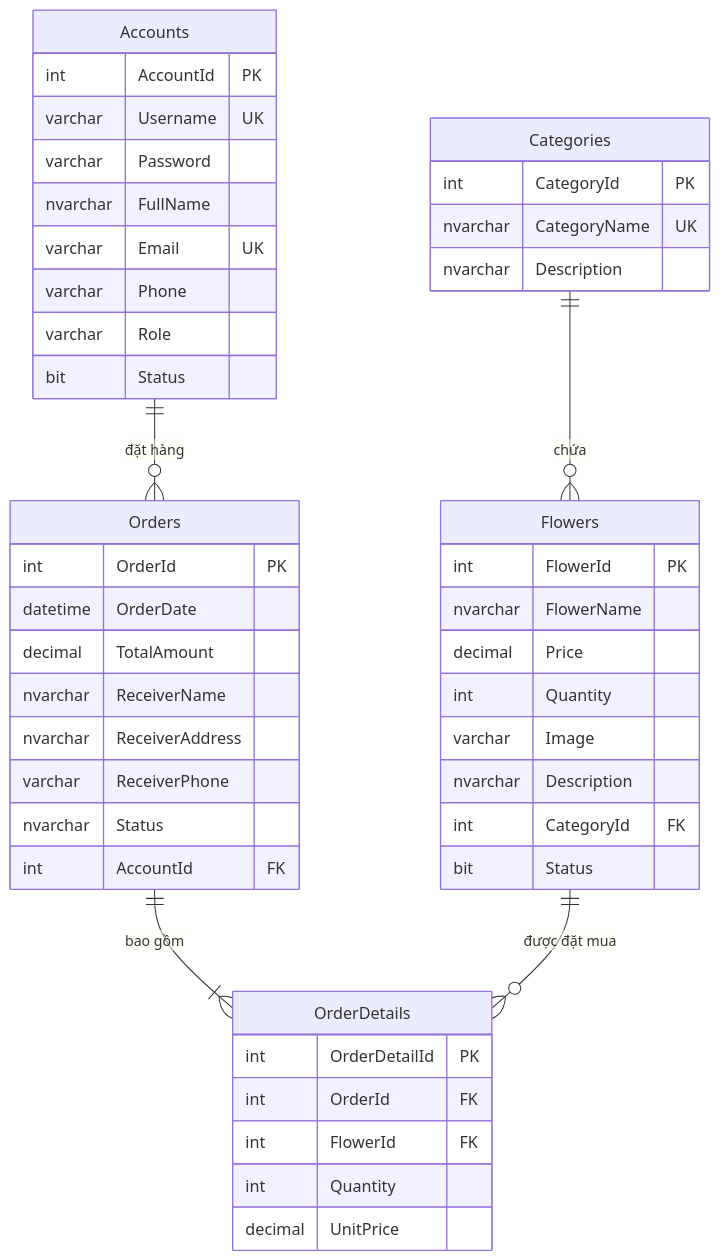
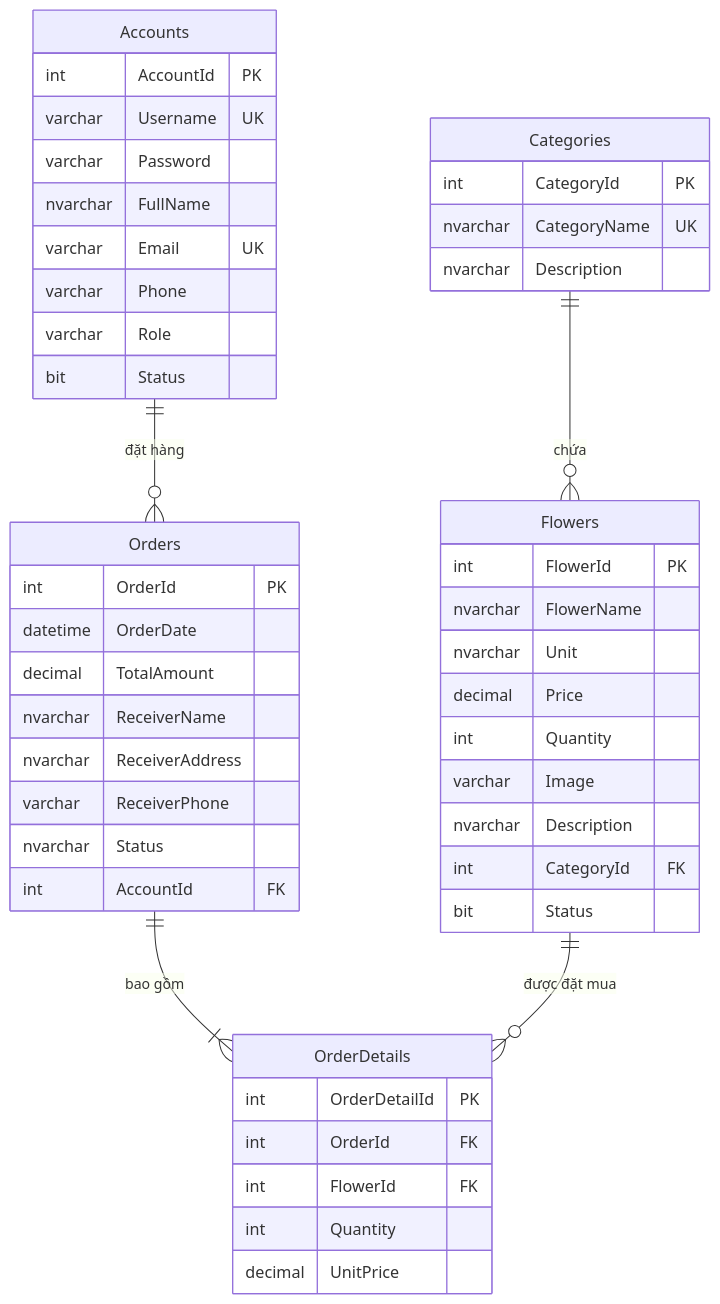
One commit to WindowScary321/flower-shop changed the diagram in docs/2-database-design.md. Above: the diagram before and after it, drawn with Mermaid. The commit also changed other lines of this file and 3 other files, not shown here.

````diff
--- a/docs/2-database-design.md
+++ b/docs/2-database-design.md
@@ -5,54 +5,55 @@
 ```mermaid
 erDiagram
     Categories ||--o{ Flowers : "chứa"
     Accounts ||--o{ Orders : "đặt hàng"
     Orders ||--|{ OrderDetails : "bao gồm"
     Flowers ||--o{ OrderDetails : "được đặt mua"
 
     Categories {
         int CategoryId PK
         nvarchar CategoryName UK
         nvarchar Description
     }
 
     Flowers {
         int FlowerId PK
         nvarchar FlowerName
+        nvarchar Unit
         decimal Price
         int Quantity
         varchar Image
         nvarchar Description
         int CategoryId FK
         bit Status
     }
 
     Accounts {
         int AccountId PK
         varchar Username UK
         varchar Password
         nvarchar FullName
         varchar Email UK
         varchar Phone
         varchar Role
         bit Status
     }
 
     Orders {
         int OrderId PK
         datetime OrderDate
         decimal TotalAmount
         nvarchar ReceiverName
         nvarchar ReceiverAddress
         varchar ReceiverPhone
         nvarchar Status
         int AccountId FK
     }
 
     OrderDetails {
         int OrderDetailId PK
         int OrderId FK
         int FlowerId FK
         int Quantity
         decimal UnitPrice
     }
 ```
````
